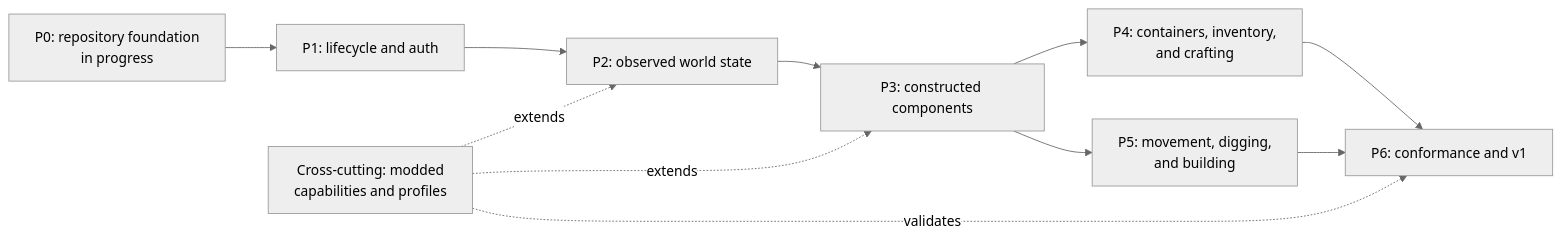
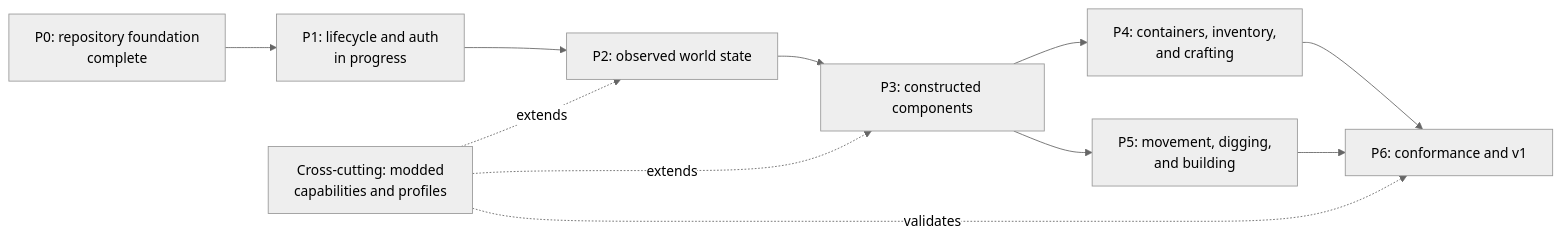
One commit to go-theft-craft/headless-minecraft changed the diagram in ROADMAP.md. Above: the diagram before and after it, drawn with Mermaid (neutral theme). The commit also changed other lines of this file and 8 other files, not shown here.

````diff
--- a/ROADMAP.md
+++ b/ROADMAP.md
@@ -5,22 +5,22 @@
 ```mermaid
 flowchart LR
-    P0["P0: repository foundation<br/>in progress"]
-    P1["P1: lifecycle and auth"]
+    P0["P0: repository foundation<br/>complete"]
+    P1["P1: lifecycle and auth<br/>in progress"]
     P2["P2: observed world state"]
     P3["P3: constructed components"]
     P4["P4: containers, inventory,<br/>and crafting"]
     P5["P5: movement, digging,<br/>and building"]
     P6["P6: conformance and v1"]
     PM["Cross-cutting: modded<br/>capabilities and profiles"]
 
     P0 --> P1
     P1 --> P2
     P2 --> P3
     P3 --> P4
     P3 --> P5
     P4 --> P6
     P5 --> P6
     PM -. extends .-> P2
     PM -. extends .-> P3
     PM -. validates .-> P6
 ```
````
